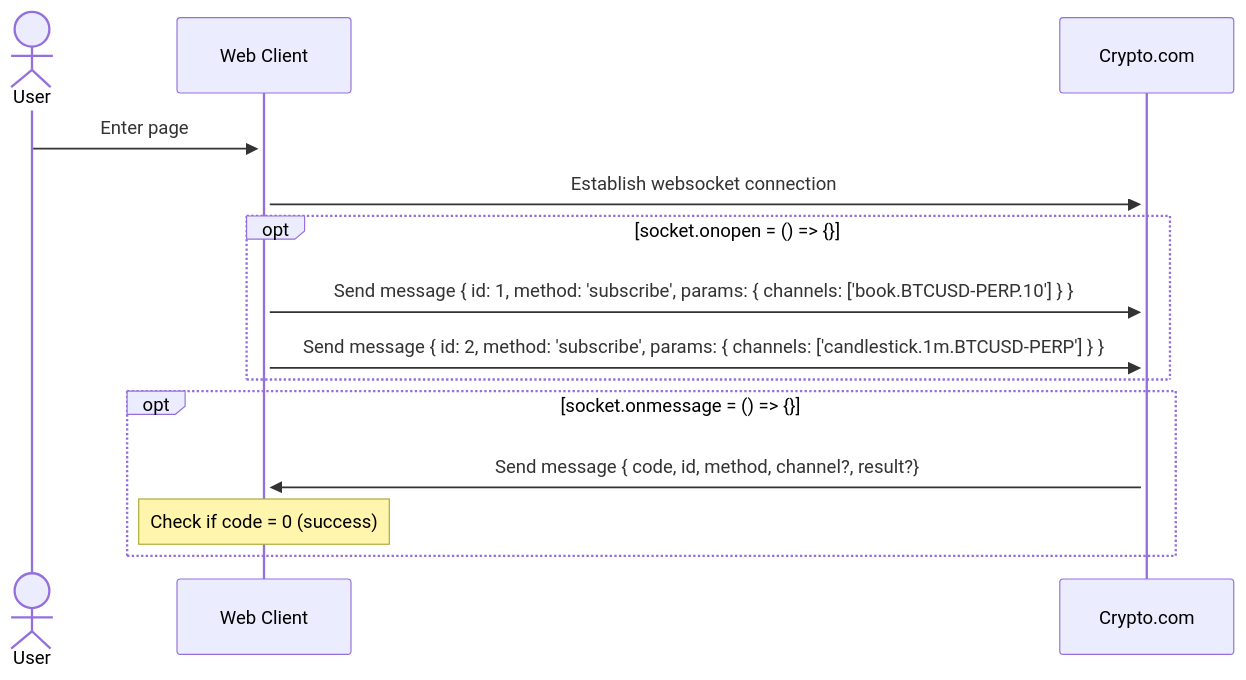
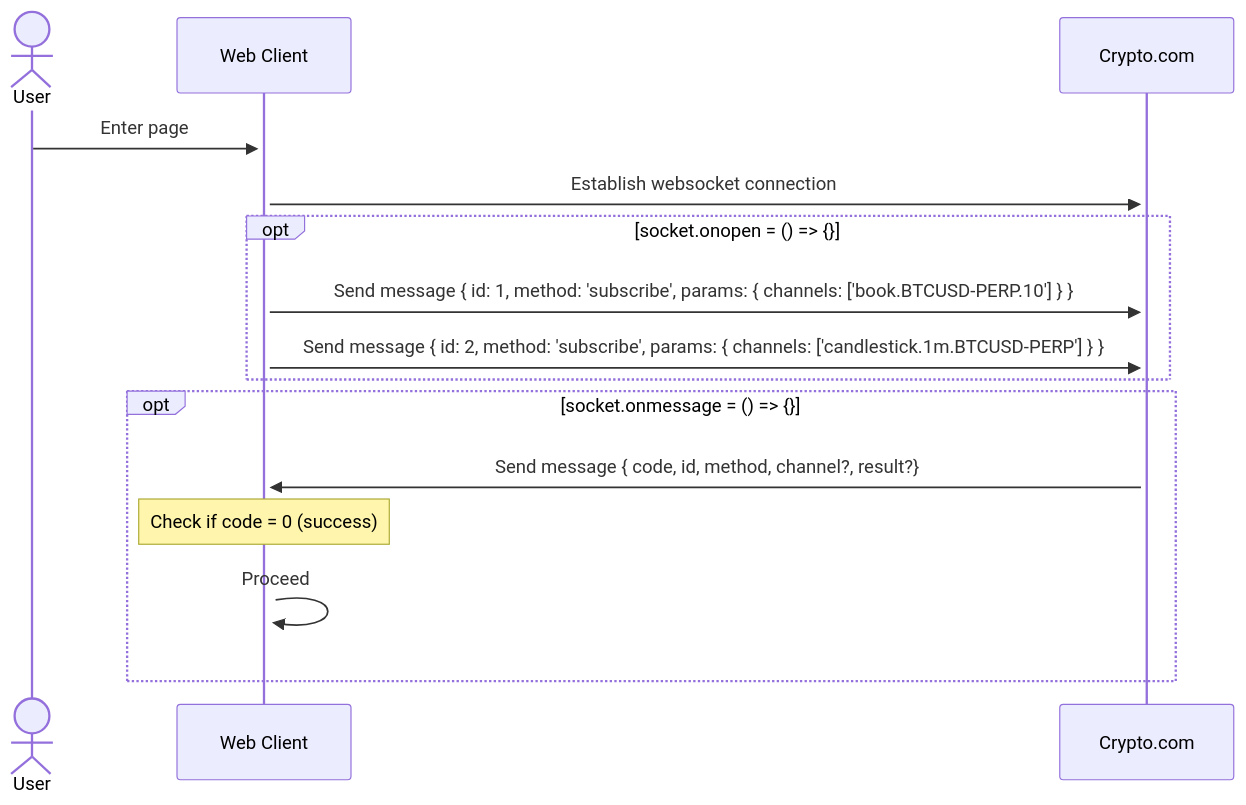
One commit to YuAnWu0000/cryptoExchange changed the diagram in README.md. Above: the diagram before and after it, drawn with Mermaid.

Commit message:
UPDATE: Websocket flow chart in README.md

````diff
--- a/README.md
+++ b/README.md
@@ -11,17 +11,18 @@
 ```mermaid
 sequenceDiagram
   actor User
   participant Web Client
   participant Crypto.com
   User ->>+ Web Client: Enter page
   Web Client ->>+ Crypto.com: Establish websocket connection
   opt socket.onopen = () => {}
   Web Client->>+ Crypto.com: Send message { id: 1, method: 'subscribe', params: { channels: ['book.BTCUSD-PERP.10'] } }
   Web Client->>+ Crypto.com: Send message { id: 2, method: 'subscribe', params: { channels: ['candlestick.1m.BTCUSD-PERP'] } }
   end
   opt socket.onmessage = () => {}
   Crypto.com->>+ Web Client: Send message { code, id, method, channel?, result?}
   Note over Web Client: Check if code = 0 (success)
+  Web Client->>+ Web Client: Proceed
 
   end
 ```
````
